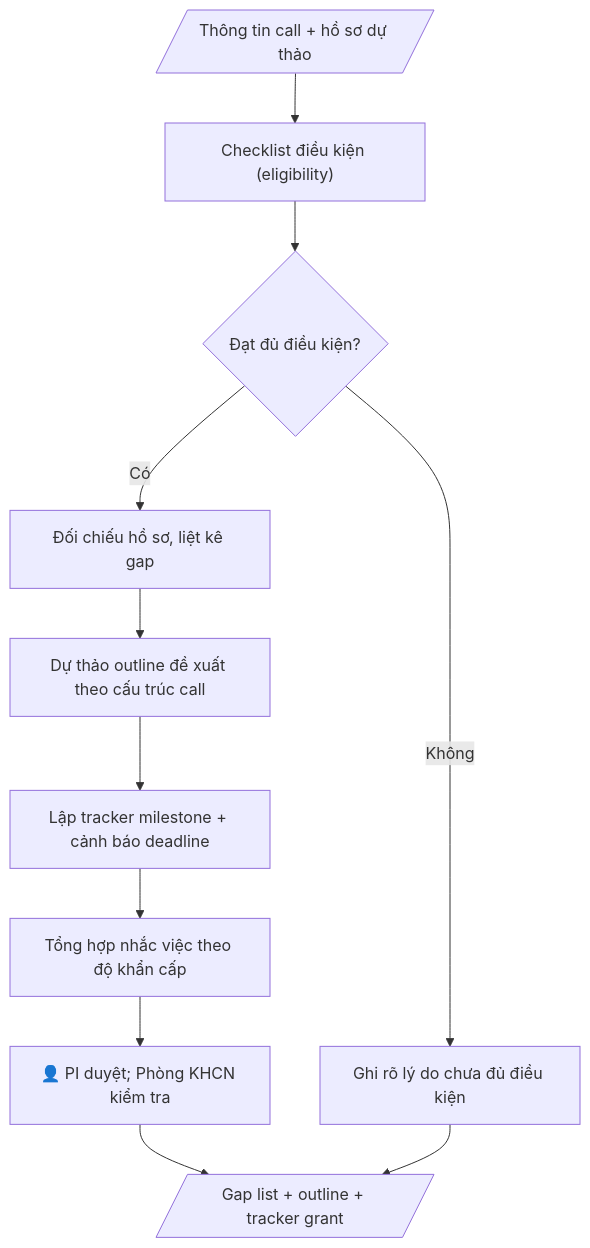
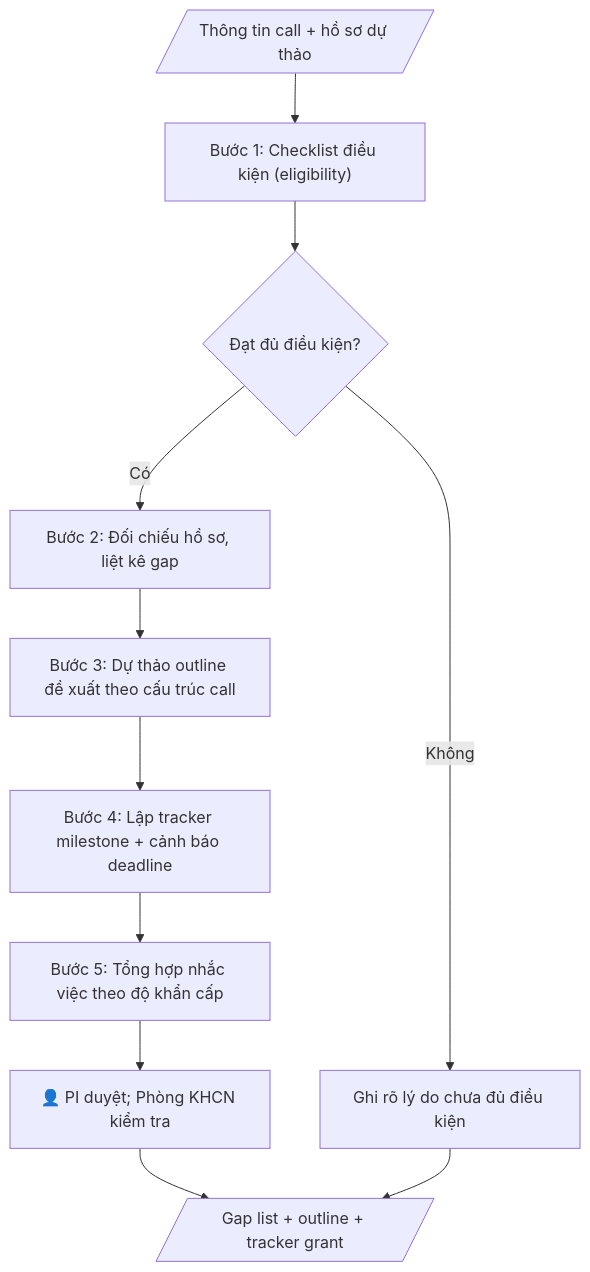
The diagram in skills/theo-doi-grant-nghien-cuu/SKILL.md (phamtruong91/dh-skills), drawn with Mermaid before and after one commit. The commit also changed 124 other files, not shown here.

````diff
--- a/skills/theo-doi-grant-nghien-cuu/SKILL.md
+++ b/skills/theo-doi-grant-nghien-cuu/SKILL.md
@@ -73,16 +73,16 @@
 ```mermaid
 flowchart TD
     A[/"Thông tin call + hồ sơ dự thảo"/]
-    B["Checklist điều kiện (eligibility)"]
+    B["Bước 1: Checklist điều kiện (eligibility)"]
     C{"Đạt đủ điều kiện?"}
-    D["Đối chiếu hồ sơ, liệt kê gap"]
+    D["Bước 2: Đối chiếu hồ sơ, liệt kê gap"]
     E["Ghi rõ lý do chưa đủ điều kiện"]
-    F["Dự thảo outline đề xuất theo cấu trúc call"]
-    G["Lập tracker milestone + cảnh báo deadline"]
-    N["Tổng hợp nhắc việc theo độ khẩn cấp"]
+    F["Bước 3: Dự thảo outline đề xuất theo cấu trúc call"]
+    G["Bước 4: Lập tracker milestone + cảnh báo deadline"]
+    N["Bước 5: Tổng hợp nhắc việc theo độ khẩn cấp"]
     HG["👤 PI duyệt; Phòng KHCN kiểm tra"]
     H[/"Gap list + outline + tracker grant"/]
     A --> B --> C
     C -->|Có| D --> F --> G --> N --> HG --> H
     C -->|Không| E --> H
 ```
````
